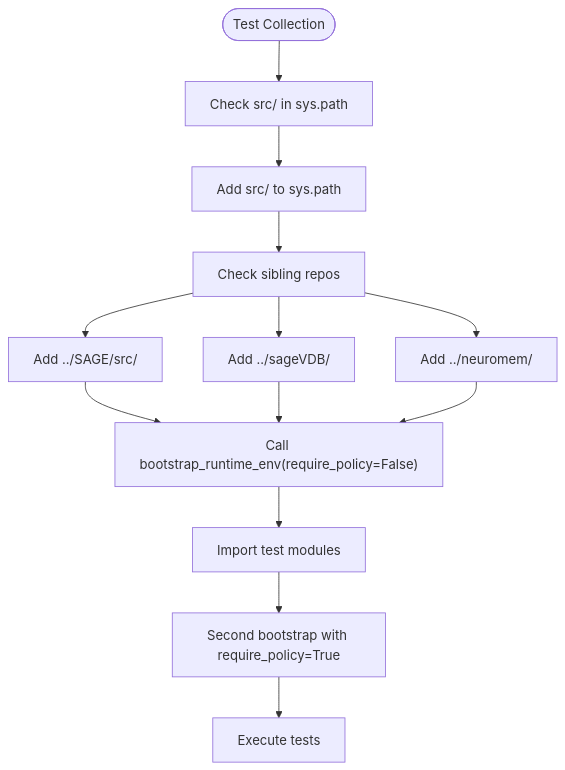
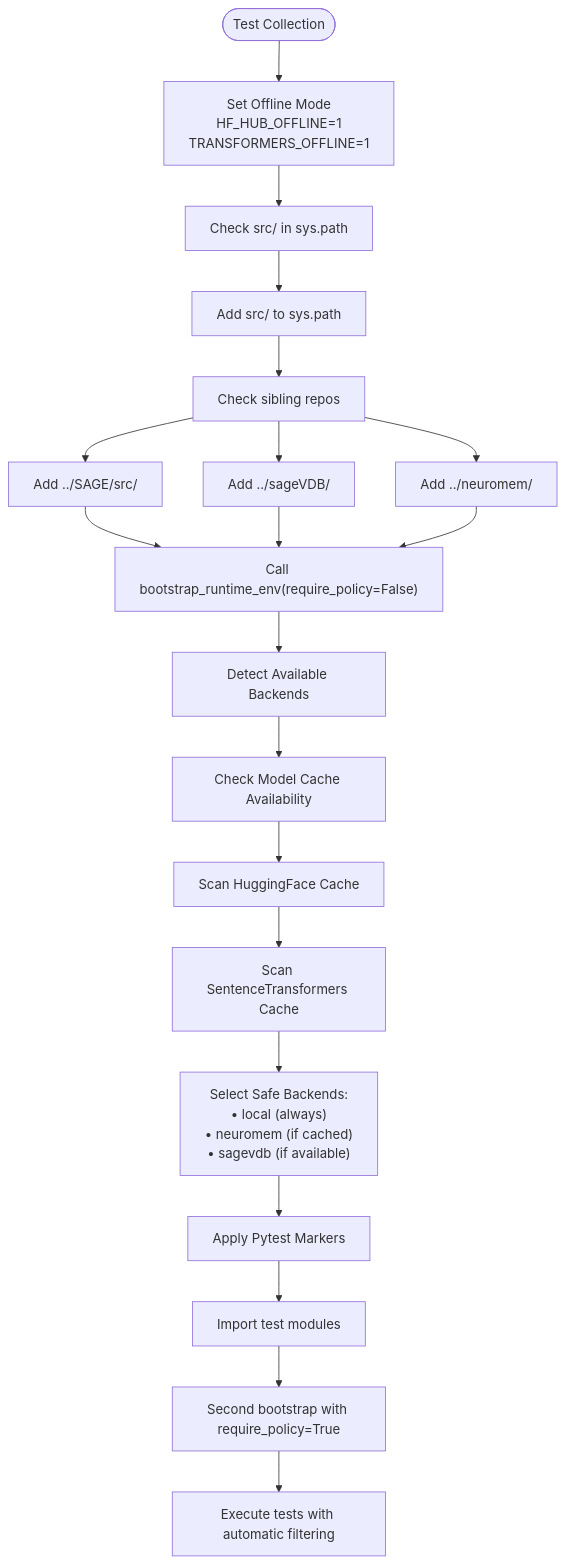
One commit to intellistream/sage-mate changed the sixth of 7 diagrams in .qoder/repowiki/en/content/Development Guide.md. Above: the diagram before and after it, drawn with Mermaid. The commit also changed other lines of this file and 53 other files, not shown here.

````diff
--- a/.qoder/repowiki/en/content/Development Guide.md
+++ b/.qoder/repowiki/en/content/Development Guide.md
@@ -288,15 +308,22 @@
 ```mermaid
 flowchart TD
-Start([Test Collection]) --> CheckSrc["Check src/ in sys.path"]
+Start([Test Collection]) --> SetOffline["Set Offline Mode<br/>HF_HUB_OFFLINE=1<br/>TRANSFORMERS_OFFLINE=1"]
+SetOffline --> CheckSrc["Check src/ in sys.path"]
 CheckSrc --> AddSrc["Add src/ to sys.path"]
 AddSrc --> CheckSiblings["Check sibling repos"]
 CheckSiblings --> AddSAGE["Add ../SAGE/src/"]
 CheckSiblings --> AddVDB["Add ../sageVDB/"]
 CheckSiblings --> AddNeuro["Add ../neuromem/"]
 AddSAGE --> Bootstrap["Call bootstrap_runtime_env(require_policy=False)"]
 AddVDB --> Bootstrap
 AddNeuro --> Bootstrap
-Bootstrap --> ImportModules["Import test modules"]
+Bootstrap --> DetectBackends["Detect Available Backends"]
+DetectBackends --> CheckCache["Check Model Cache Availability"]
+CheckCache --> ScanHF["Scan HuggingFace Cache"]
+ScanHF --> ScanST["Scan SentenceTransformers Cache"]
+ScanST --> SelectBackends["Select Safe Backends:<br/>• local (always)<br/>• neuromem (if cached)<br/>• sagevdb (if available)"]
+SelectBackends --> ApplyMarkers["Apply Pytest Markers"]
+ApplyMarkers --> ImportModules["Import test modules"]
 ImportModules --> FullBootstrap["Second bootstrap with require_policy=True"]
-FullBootstrap --> ExecuteTests["Execute tests"]
+FullBootstrap --> ExecuteTests["Execute tests with automatic filtering"]
 ```
````
